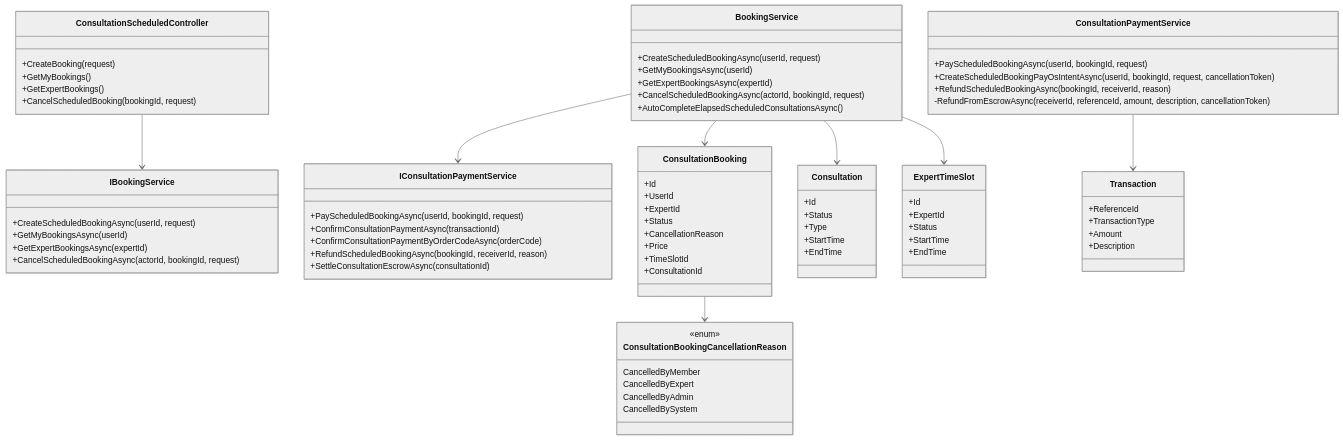
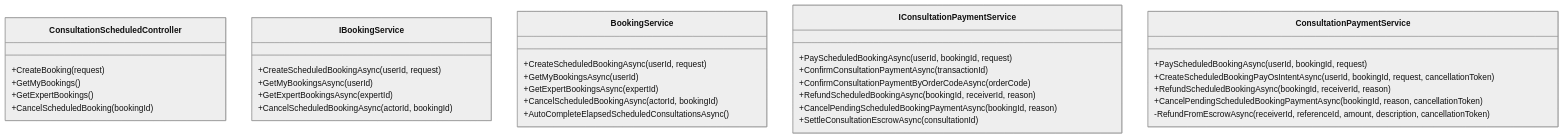
One commit to Snake-AID/SnakeAid.Docs changed the first of 3 diagrams in Docs/05-Backend/02-layers/scheduled-booking-cancel/scheduled-booking-cancel.sourcecode.md. Above: the diagram before and after it, drawn with Mermaid (neutral theme). The commit also changed other lines of this file and 3 other files, not shown here.

First line of the commit message:
docs(scheduled-booking-cancel): update status to implemented

````diff
--- a/Docs/05-Backend/02-layers/scheduled-booking-cancel/scheduled-booking-cancel.sourcecode.md
+++ b/Docs/05-Backend/02-layers/scheduled-booking-cancel/scheduled-booking-cancel.sourcecode.md
@@ -132,21 +132,21 @@
         +CreateBooking(request)
         +GetMyBookings()
         +GetExpertBookings()
-        +CancelScheduledBooking(bookingId, request)
+        +CancelScheduledBooking(bookingId)
     }
 
     class IBookingService {
         +CreateScheduledBookingAsync(userId, request)
         +GetMyBookingsAsync(userId)
         +GetExpertBookingsAsync(expertId)
-        +CancelScheduledBookingAsync(actorId, bookingId, request)
+        +CancelScheduledBookingAsync(actorId, bookingId)
     }
 
     class BookingService {
         +CreateScheduledBookingAsync(userId, request)
         +GetMyBookingsAsync(userId)
         +GetExpertBookingsAsync(expertId)
-        +CancelScheduledBookingAsync(actorId, bookingId, request)
+        +CancelScheduledBookingAsync(actorId, bookingId)
         +AutoCompleteElapsedScheduledConsultationsAsync()
     }
 
@@ -155,6 +155,7 @@
         +ConfirmConsultationPaymentAsync(transactionId)
         +ConfirmConsultationPaymentByOrderCodeAsync(orderCode)
         +RefundScheduledBookingAsync(bookingId, receiverId, reason)
+        +CancelPendingScheduledBookingPaymentAsync(bookingId, reason)
         +SettleConsultationEscrowAsync(consultationId)
     }
 
@@ -162,56 +163,7 @@
         +PayScheduledBookingAsync(userId, bookingId, request)
         +CreateScheduledBookingPayOsIntentAsync(userId, bookingId, request, cancellationToken)
         +RefundScheduledBookingAsync(bookingId, receiverId, reason)
+        +CancelPendingScheduledBookingPaymentAsync(bookingId, reason, cancellationToken)
         -RefundFromEscrowAsync(receiverId, referenceId, amount, description, cancellationToken)
     }
-
-    class ConsultationBooking {
-        +Id
-        +UserId
-        +ExpertId
-        +Status
-        +CancellationReason
-        +Price
-        +TimeSlotId
-        +ConsultationId
-    }
-
-    class ConsultationBookingCancellationReason {
-        <<enum>>
-        CancelledByMember
-        CancelledByExpert
-        CancelledByAdmin
-        CancelledBySystem
-    }
-
-    class Consultation {
-        +Id
-        +Status
-        +Type
-        +StartTime
-        +EndTime
-    }
-
-    class ExpertTimeSlot {
-        +Id
-        +ExpertId
-        +Status
-        +StartTime
-        +EndTime
-    }
-
-    class Transaction {
-        +ReferenceId
-        +TransactionType
-        +Amount
-        +Description
-    }
-
-    ConsultationScheduledController --> IBookingService
-    BookingService --> IConsultationPaymentService
-    BookingService --> ConsultationBooking
-    ConsultationBooking --> ConsultationBookingCancellationReason
-    BookingService --> Consultation
-    BookingService --> ExpertTimeSlot
-    ConsultationPaymentService --> Transaction
 ```
````
